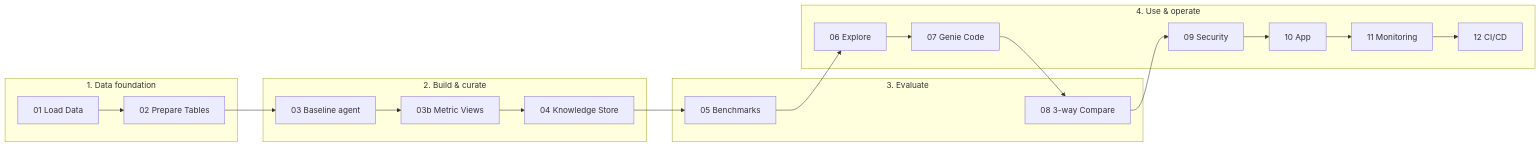
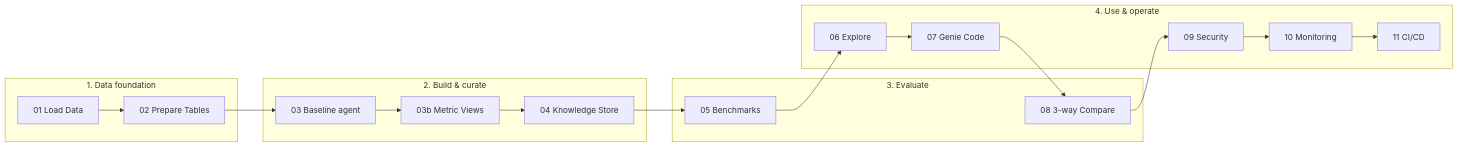
One commit to dariakrasavina/genie-spaces-workshop changed the first of 3 diagrams in README.md. Above: the diagram before and after it, drawn with Mermaid. The commit also changed other lines of this file and 8 other files, not shown here.

````diff
--- a/README.md
+++ b/README.md
@@ -13,26 +13,25 @@
 ```mermaid
 flowchart LR
     subgraph data ["1. Data foundation"]
         NB01["01 Load Data"]
         NB02["02 Prepare Tables"]
     end
     subgraph build ["2. Build & curate"]
         NB03["03 Baseline agent"]
         NB03b["03b Metric Views"]
         NB04["04 Knowledge Store"]
     end
     subgraph prove ["3. Evaluate"]
         NB05["05 Benchmarks"]
         NB08["08 3-way Compare"]
     end
     subgraph use ["4. Use & operate"]
         NB06["06 Explore"]
         NB07["07 Genie Code"]
         NB09["09 Security"]
-        NB10["10 App"]
-        NB11["11 Monitoring"]
-        NB12["12 CI/CD"]
+        NB10["10 Monitoring"]
+        NB11["11 CI/CD"]
     end
 
-    NB01 --> NB02 --> NB03 --> NB03b --> NB04 --> NB05 --> NB06 --> NB07 --> NB08 --> NB09 --> NB10 --> NB11 --> NB12
+    NB01 --> NB02 --> NB03 --> NB03b --> NB04 --> NB05 --> NB06 --> NB07 --> NB08 --> NB09 --> NB10 --> NB11
 ```
````
